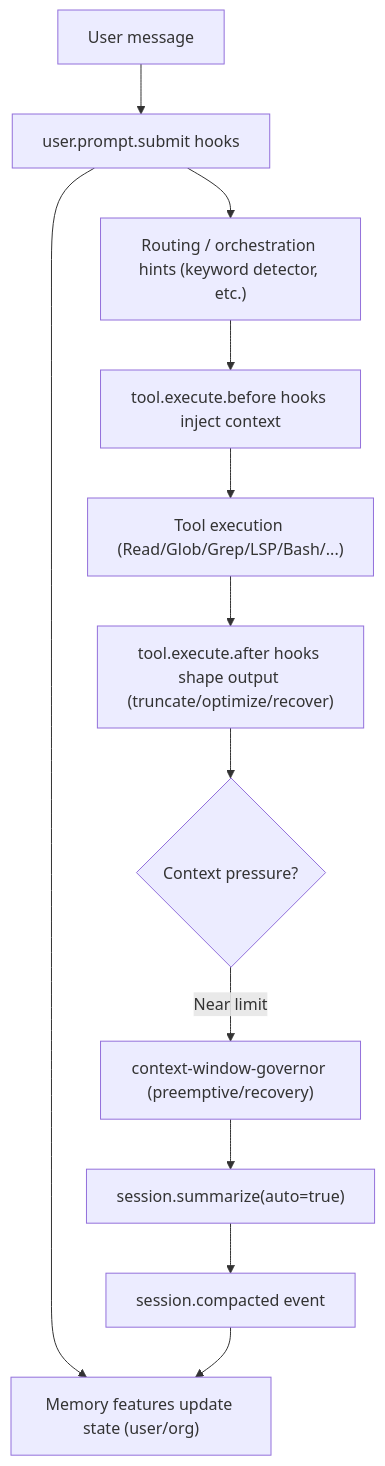
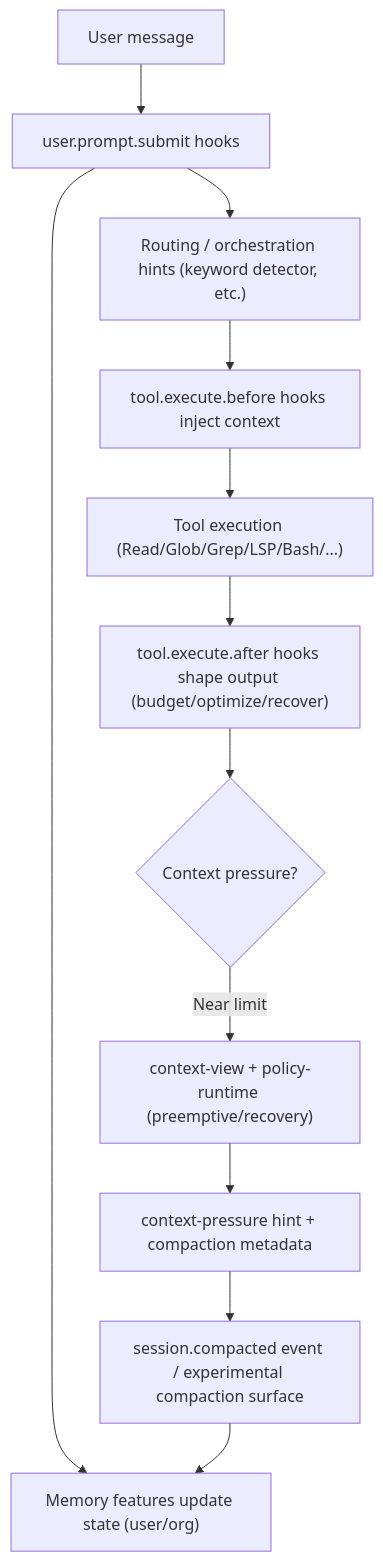
The diagram in docs/journeys/context-and-memory.md (arcthur/oh-my-opencode), drawn with Mermaid before and after one commit. The commit also changed other lines of this file and 169 other files, not shown here.

````diff
--- a/docs/journeys/context-and-memory.md
+++ b/docs/journeys/context-and-memory.md
@@ -10,16 +10,16 @@
 ```mermaid
 flowchart TD
   U["User message"] --> UPS["user.prompt.submit hooks"]
   UPS --> MEM["Memory features update state (user/org)"]
   UPS --> ROUTE["Routing / orchestration hints (keyword detector, etc.)"]
 
   ROUTE --> PRE["tool.execute.before hooks inject context"]
   PRE --> TOOL["Tool execution (Read/Glob/Grep/LSP/Bash/...)"]
-  TOOL --> POST["tool.execute.after hooks shape output (truncate/optimize/recover)"]
+  TOOL --> POST["tool.execute.after hooks shape output (budget/optimize/recover)"]
 
   POST --> LIM{"Context pressure?"}
-  LIM -->|Near limit| PC["context-window-governor (preemptive/recovery)"]
-  PC --> SUM["session.summarize(auto=true)"]
-  SUM --> SC["session.compacted event"]
+  LIM -->|Near limit| PC["context-view + policy-runtime (preemptive/recovery)"]
+  PC --> WARN["context-pressure hint + compaction metadata"]
+  WARN --> SC["session.compacted event / experimental compaction surface"]
   SC --> MEM
 ```
````
